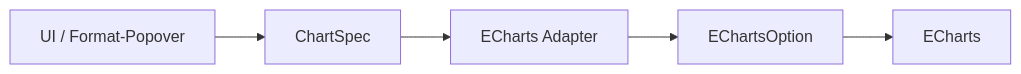
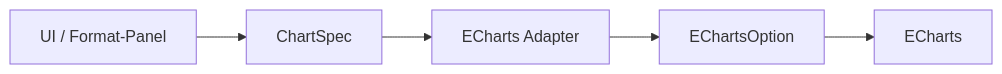
Before and after one commit to gabrieljonathanabebe/AXIS: the third of 8 diagrams in docs/ARCHITECTURE.md, drawn with Mermaid. The commit also changed other lines of this file and 2 other files, not shown here.

Commit message:
docs: format panel, place over mode and click grammar

````diff
--- a/docs/ARCHITECTURE.md
+++ b/docs/ARCHITECTURE.md
@@ -285,13 +286,13 @@
 ```mermaid
 flowchart LR
-    UI[UI / Format-Popover]
+    UI[UI / Format-Panel]
     Spec[ChartSpec]
     Adapter[ECharts Adapter]
     Option[EChartsOption]
     ECharts[ECharts]
 
     UI --> Spec
     Spec --> Adapter
     Adapter --> Option
     Option --> ECharts
 ```
````
